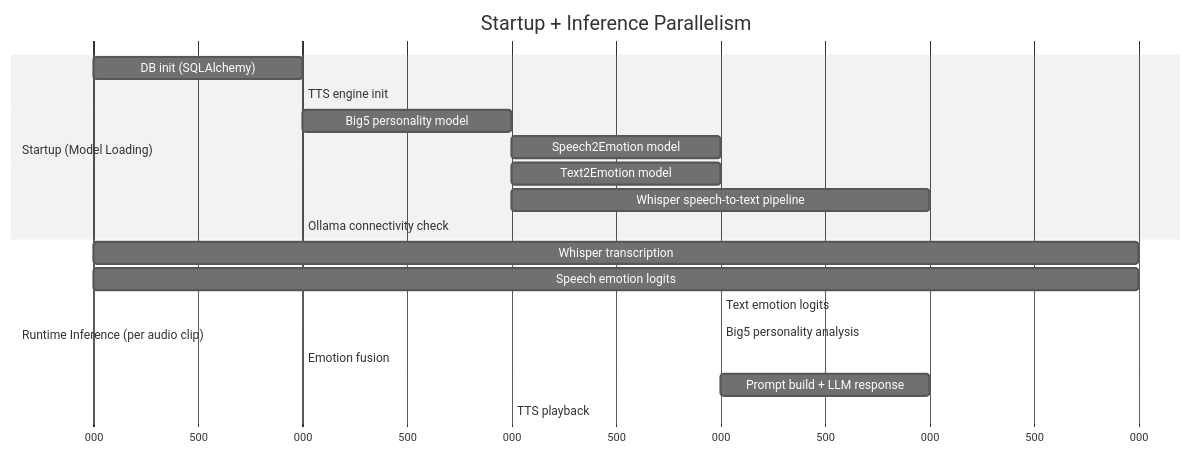
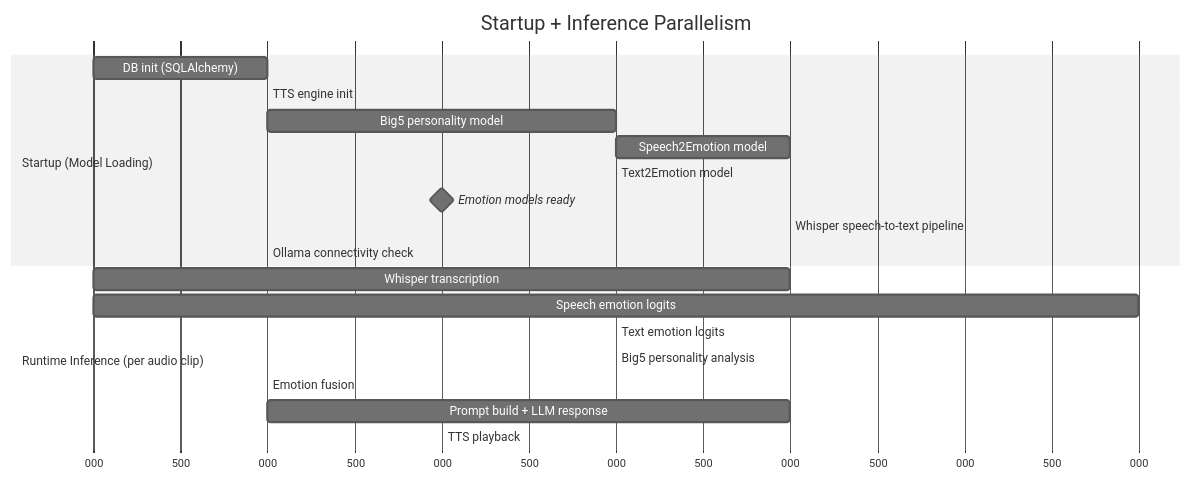
The diagram in chatbot/README.md (SCAI-Lab/ai_agent_chatbot), drawn with Mermaid (neutral theme) before and after one commit. The commit also changed other lines of this file, not shown here.

Commit message:
readme update

````diff
--- a/chatbot/README.md
+++ b/chatbot/README.md
@@ -90,24 +90,25 @@
 ```mermaid
 gantt
   title Startup + Inference Parallelism
   dateFormat  X
   axisFormat  %L
 
   section Startup (Model Loading)
     DB init (SQLAlchemy)           :db,            0, 1
     TTS engine init                :tts,           after db, 1
-    Big5 personality model         :big5,          after tts, 2
-    Speech2Emotion model           :s2e,           after big5, 3
+    Big5 personality model         :big5,          after tts, 3
+    Speech2Emotion model           :s2e,           after big5, 4
     Text2Emotion model             :t2e,           after big5, 3
-    Whisper speech-to-text pipeline:whisper,       after big5, 4
+    Emotion models ready           :milestone,     after s2e, 0
+    Whisper speech-to-text pipeline:whisper,       after s2e, 4
     Ollama connectivity check      :ollama,        after whisper, 1
 
   section Runtime Inference (per audio clip)
-    Whisper transcription          :inf_trans,     0, 5
-    Speech emotion logits          :inf_speech,    0, 5
+    Whisper transcription          :inf_trans,     0, 4
+    Speech emotion logits          :inf_speech,    0, 6
     Text emotion logits            :inf_text,      after inf_trans, 3
     Big5 personality analysis      :inf_persona,   after inf_trans, 3
-    Emotion fusion                 :inf_fusion,    after inf_text, 1
-    Prompt build + LLM response    :inf_llm,       after inf_persona, 4
+    Emotion fusion                 :inf_fusion,    after inf_speech, 1
+    Prompt build + LLM response    :inf_llm,       after inf_fusion, 4
     TTS playback                   :inf_tts,       after inf_llm, 2
 ```
````
